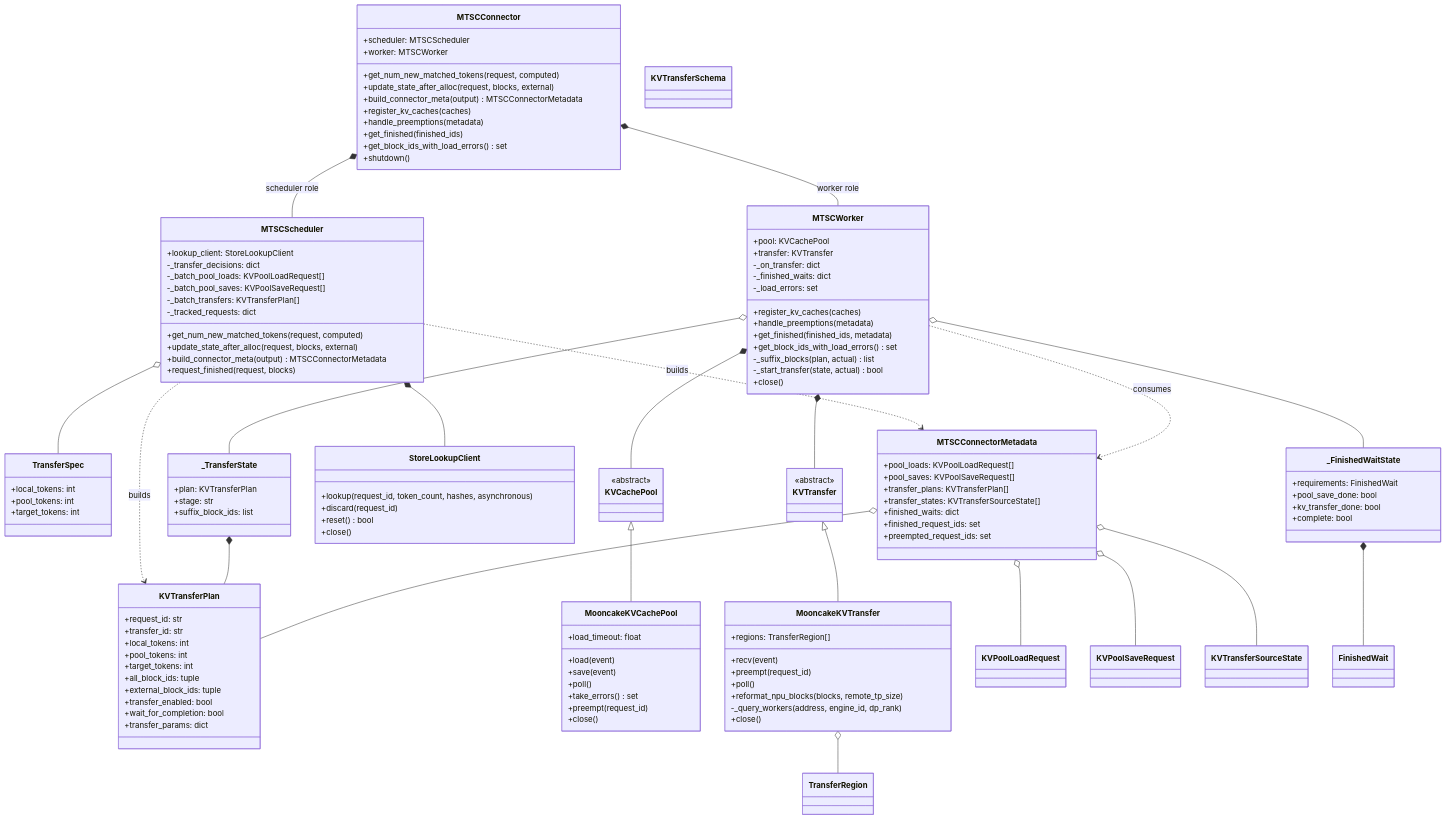
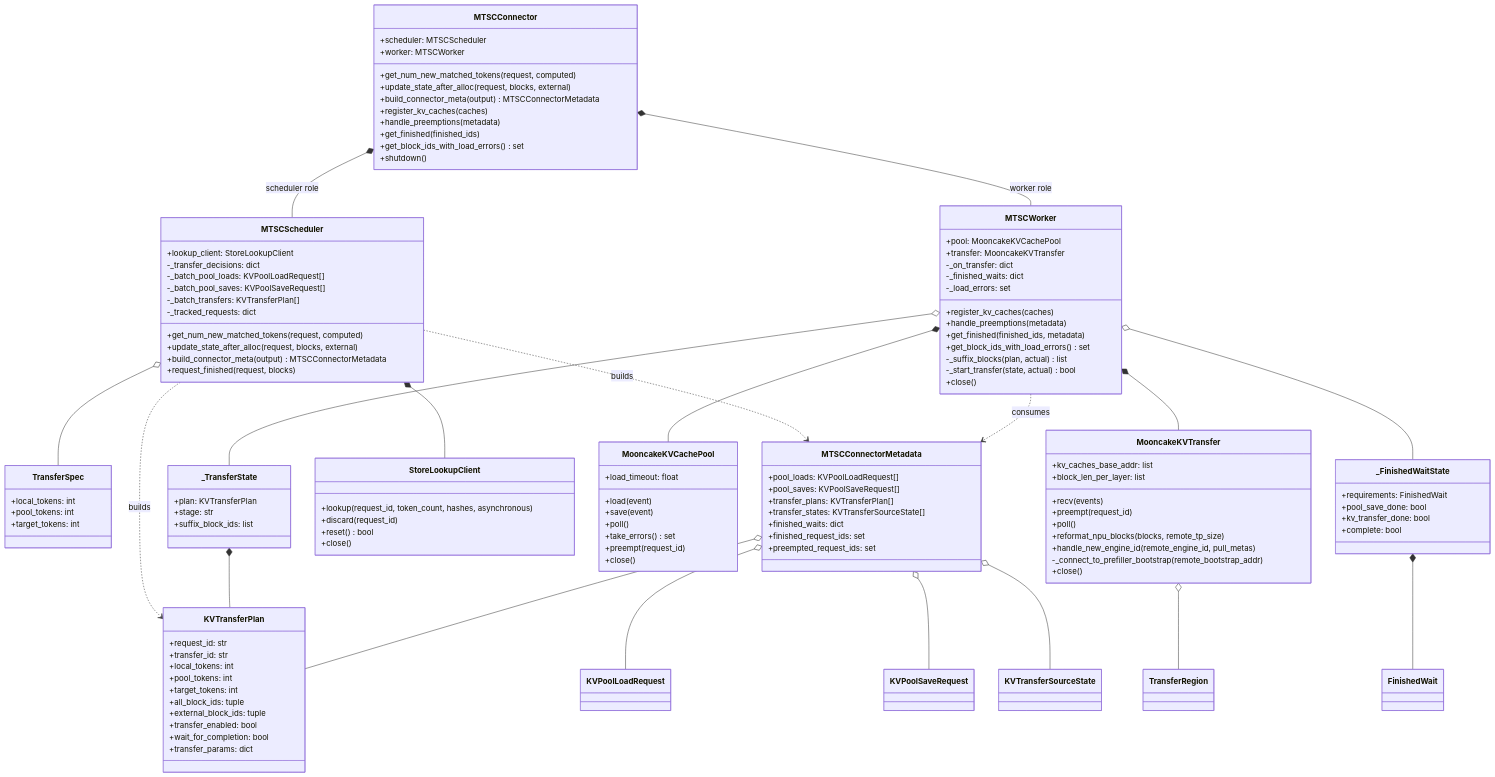
One commit to WangSu-X/MTSC changed the second of 6 diagrams in docs/design/S03-decode设计.md. Above: the diagram before and after it, drawn with Mermaid. The commit also changed other lines of this file and 21 other files, not shown here.

```diff
--- a/docs/design/S03-decode设计.md
+++ b/docs/design/S03-decode设计.md
@@ -179,8 +179,8 @@
         +transfer_params: dict
     }
     class MTSCWorker {
-        +pool: KVCachePool
-        +transfer: KVTransfer
+        +pool: MooncakeKVCachePool
+        +transfer: MooncakeKVTransfer
         -_on_transfer: dict
         -_finished_waits: dict
         -_load_errors: set
@@ -224,12 +224,14 @@
         +close()
     }
     class MooncakeKVTransfer {
-        +regions: TransferRegion[]
-        +recv(event)
+        +kv_caches_base_addr: list
+        +block_len_per_layer: list
+        +recv(events)
         +preempt(request_id)
         +poll()
         +reformat_npu_blocks(blocks, remote_tp_size)
-        -_query_workers(address, engine_id, dp_rank)
+        +handle_new_engine_id(remote_engine_id, pull_metas)
+        -_connect_to_prefiller_bootstrap(remote_bootstrap_addr)
         +close()
     }
     class MTSCConnectorMetadata {
@@ -245,7 +247,6 @@
     class KVPoolSaveRequest
     class KVTransferSourceState
     class FinishedWait
-    class KVTransferSchema
     class TransferRegion
 
     MTSCConnector *-- MTSCScheduler : scheduler role
@@ -254,16 +255,8 @@
     MTSCScheduler o-- TransferSpec
     MTSCScheduler ..> KVTransferPlan : builds
     MTSCScheduler ..> MTSCConnectorMetadata : builds
-    class KVCachePool {
-        <<abstract>>
-    }
-    class KVTransfer {
-        <<abstract>>
-    }
-    MTSCWorker *-- KVCachePool
-    MTSCWorker *-- KVTransfer
-    KVCachePool <|-- MooncakeKVCachePool
-    KVTransfer <|-- MooncakeKVTransfer
+    MTSCWorker *-- MooncakeKVCachePool
+    MTSCWorker *-- MooncakeKVTransfer
     MTSCWorker o-- _TransferState
     MTSCWorker o-- _FinishedWaitState
     MTSCWorker ..> MTSCConnectorMetadata : consumes
```
